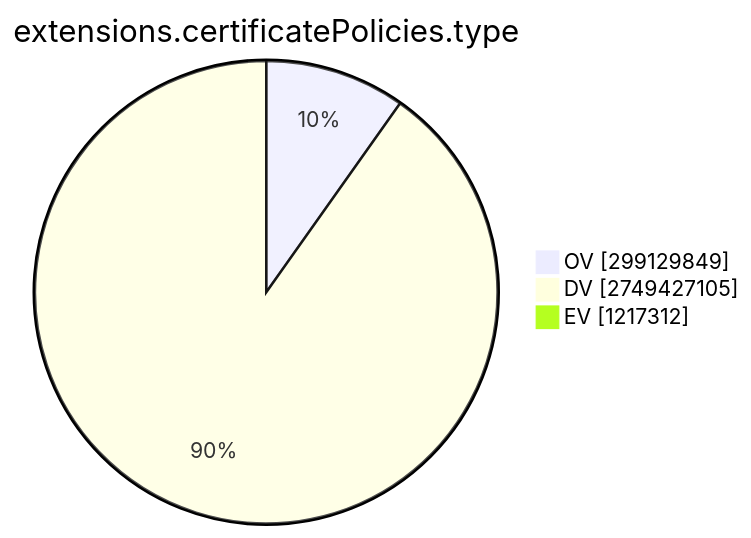
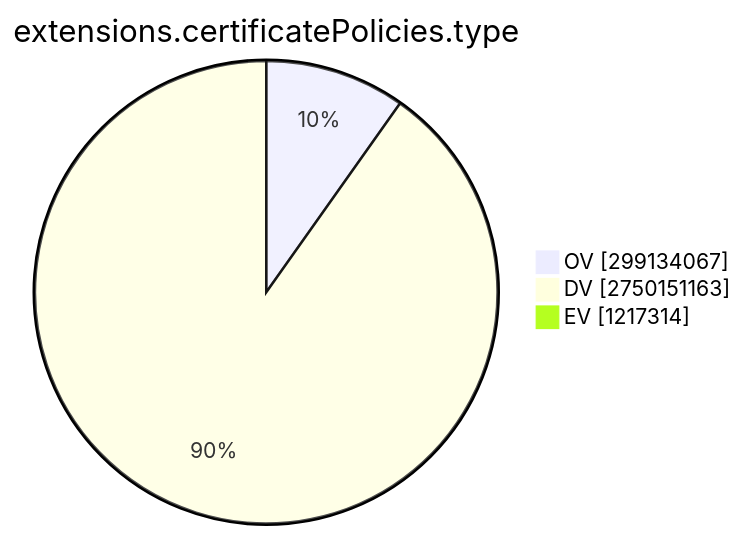
Before and after one commit to christiankrug/ctmonitor_visualization: the ninth of 15 diagrams in TOTAL/README.md, drawn with Mermaid. The commit also changed other lines of this file, not shown here.

````diff
--- a/TOTAL/README.md
+++ b/TOTAL/README.md
@@ -3100,7 +3100,7 @@
 ```mermaid
 pie showData
 title extensions.certificatePolicies.type
-"OV" :299129849
-"DV" :2749427105
-"EV" :1217312
+"OV" :299134067
+"DV" :2750151163
+"EV" :1217314
 ```
````
